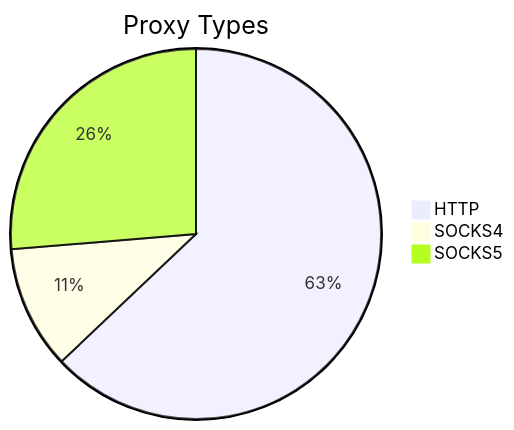
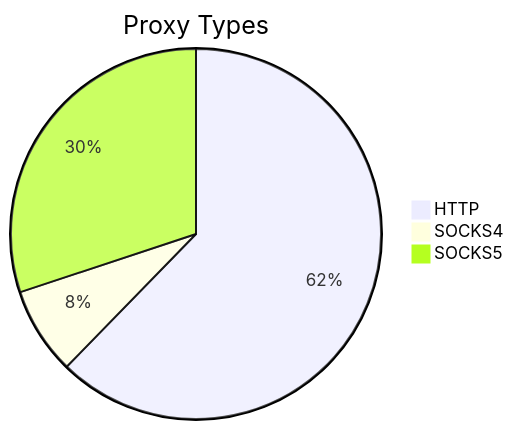
The first of 2 diagrams in README.md (stormsia/proxy-list), drawn with Mermaid before and after one commit. The commit also changed other lines of this file, not shown here.

````diff
--- a/README.md
+++ b/README.md
@@ -21,6 +21,6 @@
 ```mermaid
 pie title Proxy Types
-    "HTTP" : 409
-    "SOCKS4" : 70
-    "SOCKS5" : 171
+    "HTTP" : 294
+    "SOCKS4" : 36
+    "SOCKS5" : 142
 ```
````
